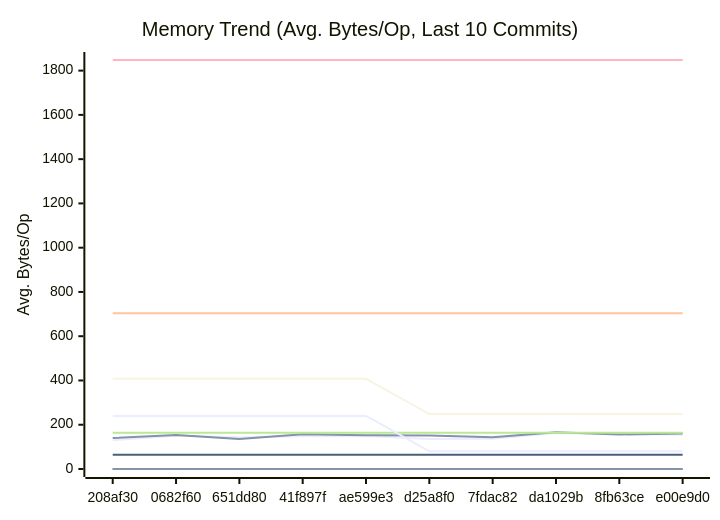
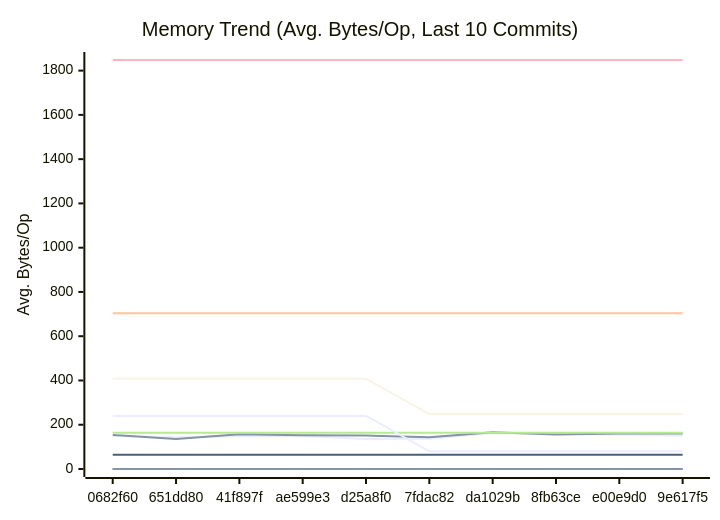
One commit to alsotoes/momo changed the second of 3 diagrams in docs/PERFORMANCE.md. Above: the diagram before and after it, drawn with Mermaid. The commit also changed other lines of this file and 1 other file, not shown here.

````diff
--- a/docs/PERFORMANCE.md
+++ b/docs/PERFORMANCE.md
@@ -171,20 +171,20 @@
 ```mermaid
 xychart-beta
     title "Memory Trend (Avg. Bytes/Op, Last 10 Commits)"
     x-axis "Commit"
     y-axis "Avg. Bytes/Op"
-    x-axis [208af30,0682f60,651dd80,41f897f,ae599e3,d25a8f0,7fdac82,da1029b,8fb63ce,e00e9d0]
-    line "AWSChunkedReaderSigned" [130,150,143,148,149,136,137,163,160,155]
-    line "AWSChunkedReaderUnsigned" [140,154,135,157,153,151,143,166,156,160]
+    x-axis [0682f60,651dd80,41f897f,ae599e3,d25a8f0,7fdac82,da1029b,8fb63ce,e00e9d0,9e617f5]
+    line "AWSChunkedReaderSigned" [150,143,148,149,136,137,163,160,155,150]
+    line "AWSChunkedReaderUnsigned" [154,135,157,153,151,143,166,156,160,160]
     line "CheckMetricsAndSwap" [0,0,0,0,0,0,0,0,0,0]
     line "CrushOptimized" [0,0,0,0,0,0,0,0,0,0]
     line "CrushOriginal" [164,164,164,164,164,164,164,164,164,164]
     line "IndexDirectTracking" [0,0,0,0,0,0,0,0,0,0]
     line "IndexSearch" [0,0,0,0,0,0,0,0,0,0]
     line "LoadGlobalConfig" [1848,1848,1848,1848,1848,1848,1848,1848,1848,1848]
     line "PadString" [64,64,64,64,64,64,64,64,64,64]
     line "ParseReplicationOrder_NoPrealloc" [408,408,408,408,408,248,248,248,248,248]
     line "ParseReplicationOrder_Prealloc" [240,240,240,240,240,80,80,80,80,80]
     line "SanitizeLog/Safe" [0,0,0,0,0,0,0,0,0,0]
     line "SanitizeLog/Unsafe" [704,704,704,704,704,704,704,704,704,704]
 ```
````
